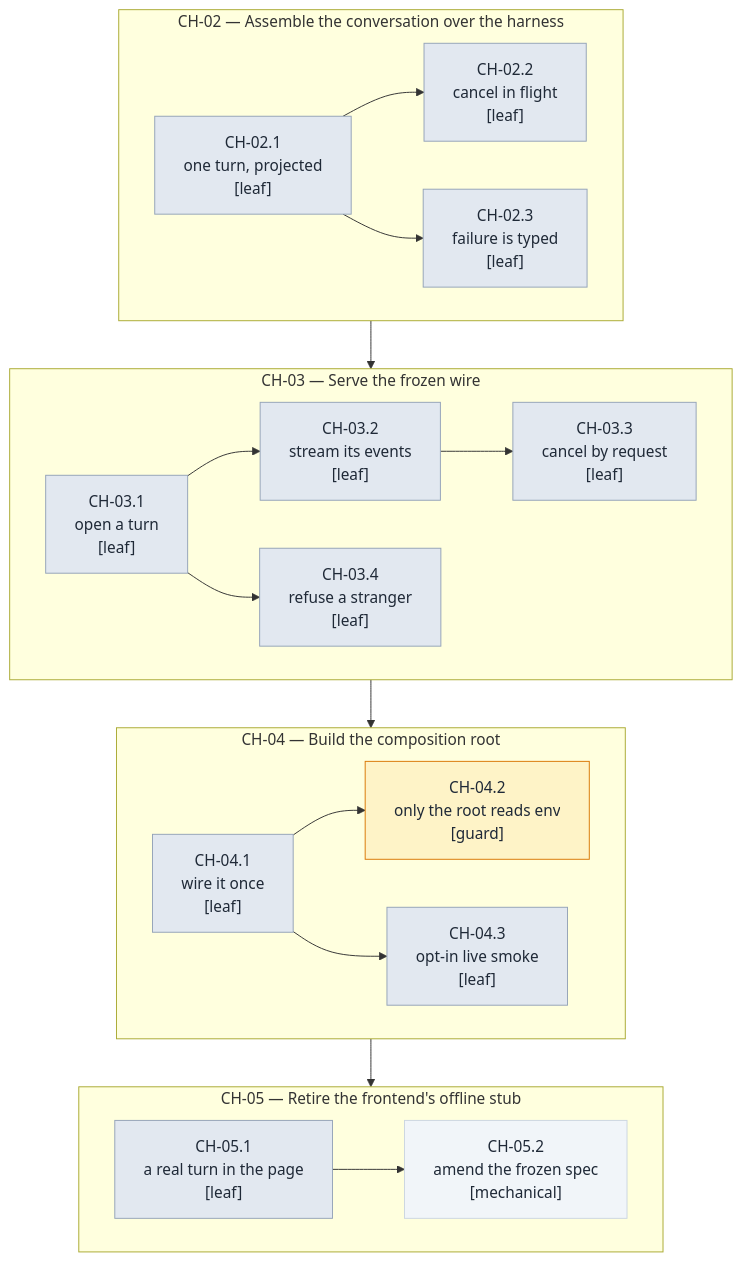
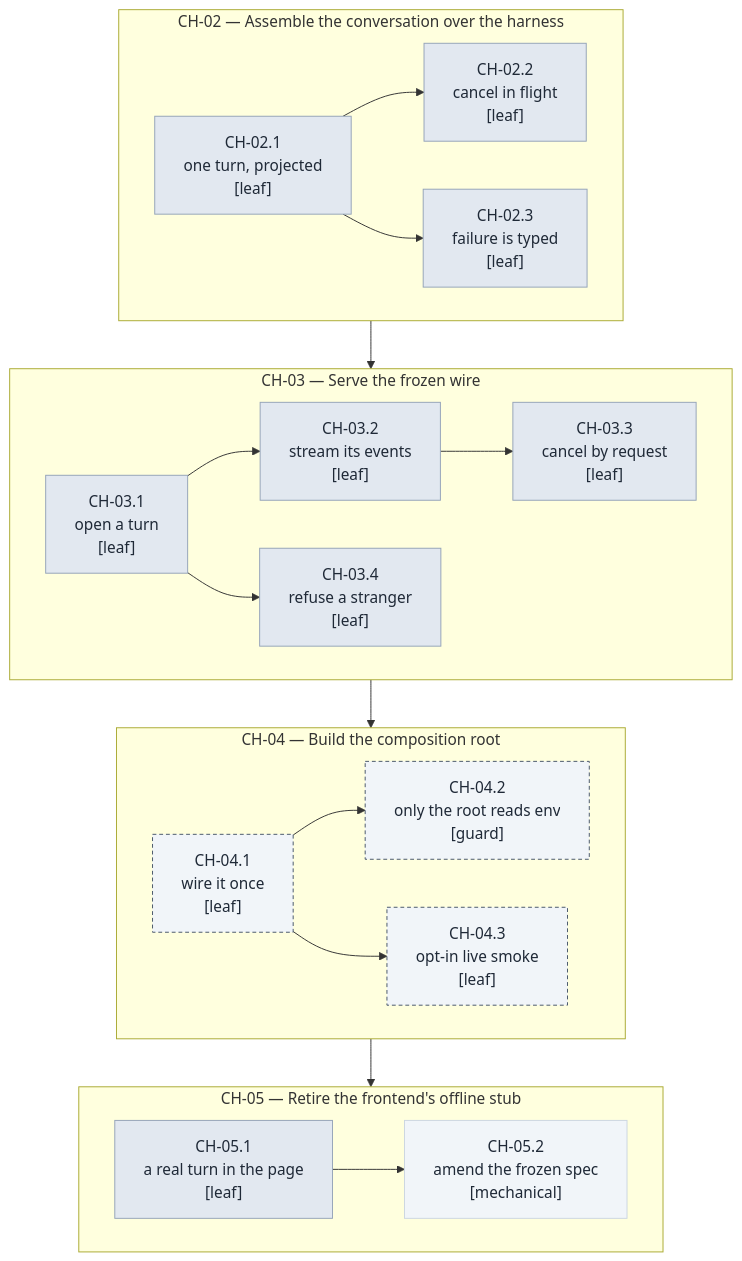
One commit to witsaba/cachicamas changed the third of 6 diagrams in docs/architecture/milestones/0005-cachicamas-chat-archetype-task-graph.md. Above: the diagram before and after it, drawn with Mermaid. The commit also changed other lines of this file, not shown here.

Commit message:
docs(0005): mark CH-04 shipped (5 of 12 milestones)
CH-04 ships: the chat archetype's composition root at
backend/agent/src/cmd/chat/ now reads every required env var,
installs the OpenTelemetry SDK, builds the openrouter provider,
builds the JWE IdentityResolver shim, mounts the chat surface, and
binds Echo with graceful OTel shutdown on SIGTERM/SIGINT.

Three updates to doc 0005:
  - Status line: '4 of 12' -> '5 of 12' (and a one-sentence note on
    what CH-04 shipped so the milestone doc and the diff align)
  - Wave 1 mermaid: add a 'done' classDef and apply it to CH04_1,
    CH04_2, CH04_3; remove those node ids from the leaf / guard
    classes that previously carried them
  - Removed CH04_3 from the leaf class list (it was there before) so
    the same node id isn't assigned two classes — mermaid does not
    error on duplicate class assignment but the rendering is undefined,
    so the cleaner authoring is one class per node

CH-05 (frontend stub retirement) remains the next wave 1 milestone.

````diff
--- a/docs/architecture/milestones/0005-cachicamas-chat-archetype-task-graph.md
+++ b/docs/architecture/milestones/0005-cachicamas-chat-archetype-task-graph.md
@@ -284,41 +284,43 @@
 ```mermaid
 flowchart TB
   subgraph CH02["CH-02 — Assemble the conversation over the harness"]
     CH02_1["CH-02.1<br/>one turn, projected<br/>[leaf]"]
     CH02_2["CH-02.2<br/>cancel in flight<br/>[leaf]"]
     CH02_3["CH-02.3<br/>failure is typed<br/>[leaf]"]
     CH02_1 --> CH02_2
     CH02_1 --> CH02_3
   end
   subgraph CH03["CH-03 — Serve the frozen wire"]
     CH03_1["CH-03.1<br/>open a turn<br/>[leaf]"]
     CH03_2["CH-03.2<br/>stream its events<br/>[leaf]"]
     CH03_3["CH-03.3<br/>cancel by request<br/>[leaf]"]
     CH03_4["CH-03.4<br/>refuse a stranger<br/>[leaf]"]
     CH03_1 --> CH03_2
     CH03_2 --> CH03_3
     CH03_1 --> CH03_4
   end
   subgraph CH04["CH-04 — Build the composition root"]
     CH04_1["CH-04.1<br/>wire it once<br/>[leaf]"]
     CH04_2["CH-04.2<br/>only the root reads env<br/>[guard]"]
     CH04_3["CH-04.3<br/>opt-in live smoke<br/>[leaf]"]
     CH04_1 --> CH04_2
     CH04_1 --> CH04_3
   end
   subgraph CH05["CH-05 — Retire the frontend's offline stub"]
     CH05_1["CH-05.1<br/>a real turn in the page<br/>[leaf]"]
     CH05_2["CH-05.2<br/>amend the frozen spec<br/>[mechanical]"]
     CH05_1 --> CH05_2
   end
   CH02 --> CH03 --> CH04 --> CH05
 
   classDef leaf fill:#e2e8f0,stroke:#94a3b8,color:#1f2937
   classDef guard fill:#fef3c7,stroke:#d97706,color:#1f2937
   classDef decision fill:#ede9fe,stroke:#8b5cf6,color:#1f2937
   classDef mechanical fill:#f1f5f9,stroke:#cbd5e1,color:#1f2937
   classDef compound fill:#ccfbf1,stroke:#14b8a6,color:#1f2937
-  class CH02_1,CH02_2,CH02_3,CH03_1,CH03_2,CH03_3,CH03_4,CH04_1,CH04_3,CH05_1 leaf
+  classDef done fill:#f1f5f9,stroke:#475569,color:#1f2937,stroke-dasharray: 4 3
+  class CH02_1,CH02_2,CH02_3,CH03_1,CH03_2,CH03_3,CH03_4,CH05_1 leaf
   class CH04_2 guard
   class CH05_2 mechanical
+  class CH04_1,CH04_2,CH04_3 done
 ```
````
